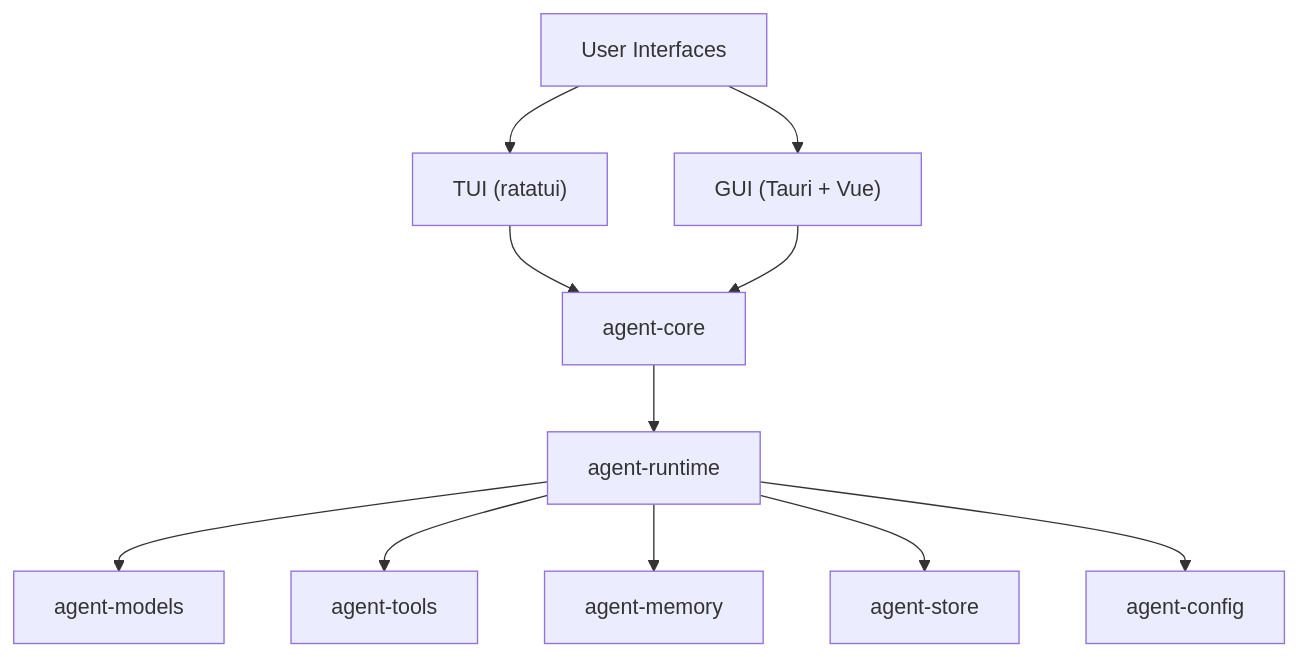
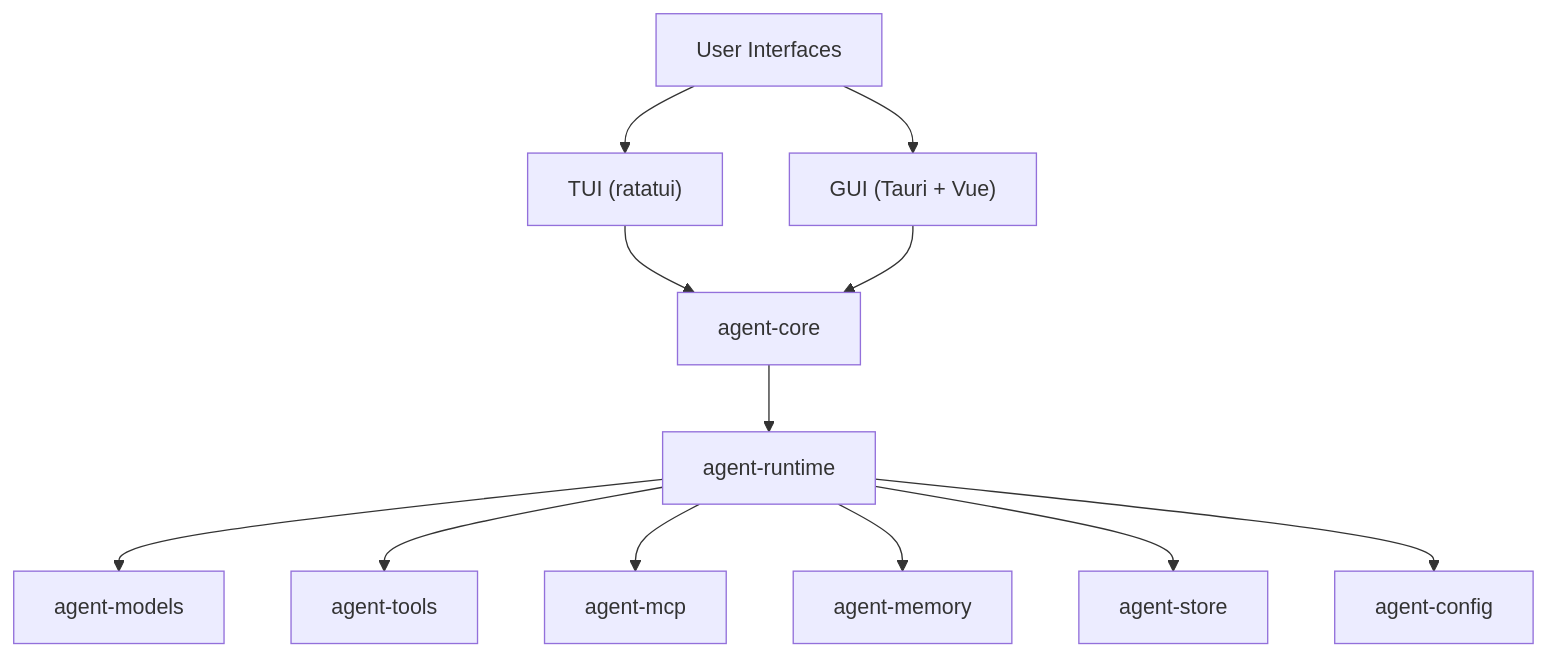
Before and after one commit to Z-Only/kairox: the diagram in README.md, drawn with Mermaid. The commit also changed other lines of this file and 8 other files, not shown here.

````diff
--- a/README.md
+++ b/README.md
@@ -26,24 +26,26 @@
 ```mermaid
 graph TD
     UI["User Interfaces"]
     TUI["TUI (ratatui)"]
     GUI["GUI (Tauri + Vue)"]
     CORE["agent-core"]
     RUNTIME["agent-runtime"]
     MODELS["agent-models"]
     TOOLS["agent-tools"]
+    MCP["agent-mcp"]
     MEMORY["agent-memory"]
     STORE["agent-store"]
     CONFIG["agent-config"]
 
     UI --> TUI
     UI --> GUI
     TUI --> CORE
     GUI --> CORE
     CORE --> RUNTIME
     RUNTIME --> MODELS
     RUNTIME --> TOOLS
+    RUNTIME --> MCP
     RUNTIME --> MEMORY
     RUNTIME --> STORE
     RUNTIME --> CONFIG
 ```
````
